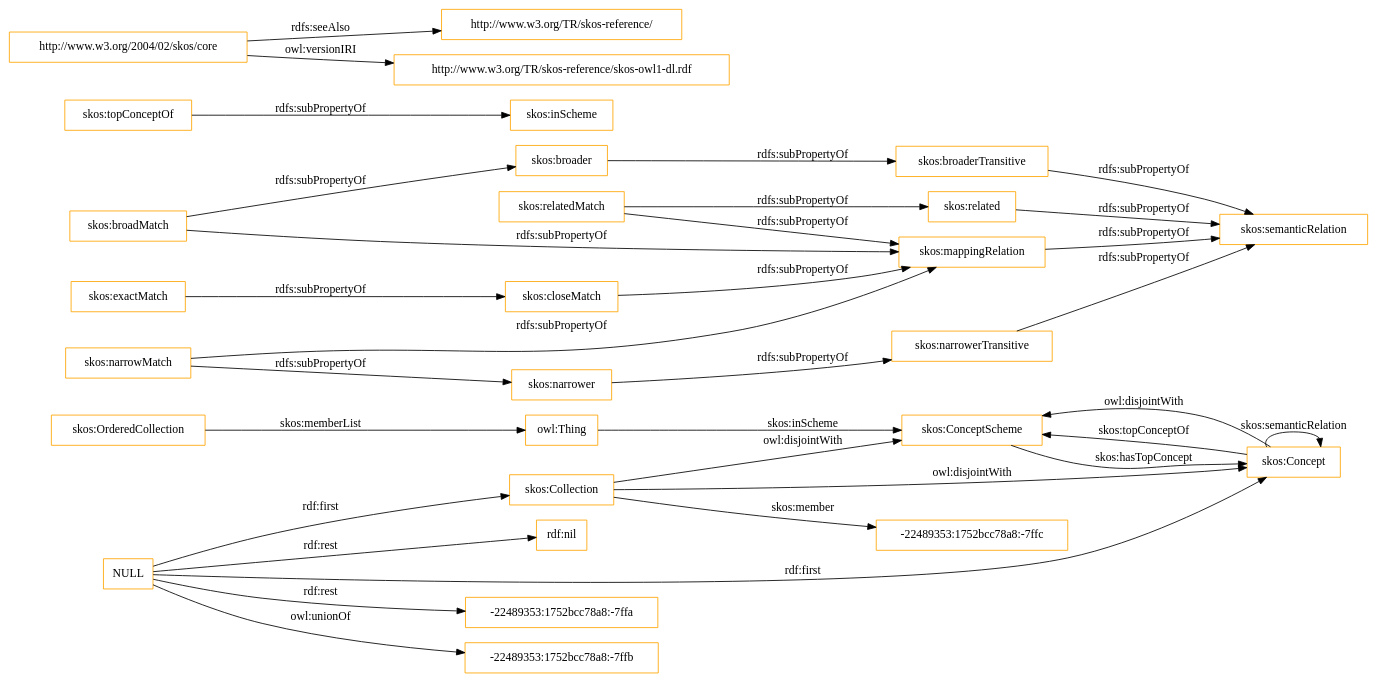
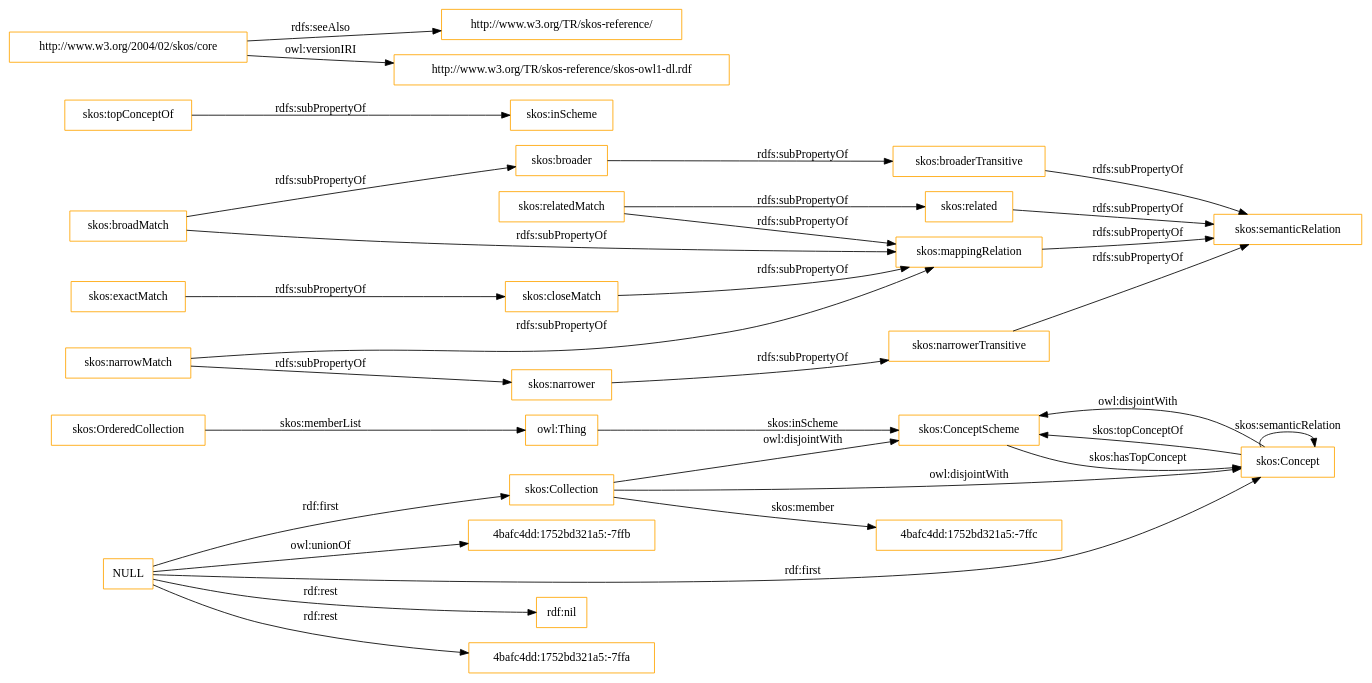
The diagram in OnToology/imports/skos.owl/diagrams/ar2dtool-class/skos.owl.png.dot (OnToologyUser/core-ontology-1), drawn with Graphviz before and after one commit. The commit also changed 14 other files, not shown here.

```diff
--- a/OnToology/imports/skos.owl/diagrams/ar2dtool-class/skos.owl.png.dot
+++ b/OnToology/imports/skos.owl/diagrams/ar2dtool-class/skos.owl.png.dot
@@ -1,37 +1,37 @@
 digraph ar2dtool_diagram { 
 rankdir=LR;
 size="1501"
-node [shape = rectangle, color="orange"]; "skos:OrderedCollection" "skos:ConceptScheme" "skos:Concept" "skos:Collection" "-22489353:1752bcc78a8:-7ffc" ; /*classes style*/
+node [shape = rectangle, color="orange"]; "skos:OrderedCollection" "skos:ConceptScheme" "skos:Concept" "skos:Collection" "4bafc4dd:1752bd321a5:-7ffc" ; /*classes style*/
 	"skos:narrowerTransitive" -> "skos:semanticRelation" [ label = "rdfs:subPropertyOf" ];
-	"NULL" -> "-22489353:1752bcc78a8:-7ffa" [ label = "rdf:rest" ];
-	"NULL" -> "skos:Collection" [ label = "rdf:first" ];
-	"NULL" -> "-22489353:1752bcc78a8:-7ffb" [ label = "owl:unionOf" ];
 	"NULL" -> "rdf:nil" [ label = "rdf:rest" ];
 	"NULL" -> "skos:Concept" [ label = "rdf:first" ];
+	"NULL" -> "4bafc4dd:1752bd321a5:-7ffa" [ label = "rdf:rest" ];
+	"NULL" -> "skos:Collection" [ label = "rdf:first" ];
+	"NULL" -> "4bafc4dd:1752bd321a5:-7ffb" [ label = "owl:unionOf" ];
 	"skos:closeMatch" -> "skos:mappingRelation" [ label = "rdfs:subPropertyOf" ];
 	"skos:Concept" -> "skos:ConceptScheme" [ label = "owl:disjointWith" ];
 	"skos:relatedMatch" -> "skos:related" [ label = "rdfs:subPropertyOf" ];
 	"skos:relatedMatch" -> "skos:mappingRelation" [ label = "rdfs:subPropertyOf" ];
 	"skos:related" -> "skos:semanticRelation" [ label = "rdfs:subPropertyOf" ];
 	"skos:topConceptOf" -> "skos:inScheme" [ label = "rdfs:subPropertyOf" ];
 	"skos:broadMatch" -> "skos:mappingRelation" [ label = "rdfs:subPropertyOf" ];
 	"skos:broadMatch" -> "skos:broader" [ label = "rdfs:subPropertyOf" ];
 	"skos:exactMatch" -> "skos:closeMatch" [ label = "rdfs:subPropertyOf" ];
 	"skos:broaderTransitive" -> "skos:semanticRelation" [ label = "rdfs:subPropertyOf" ];
 	"skos:broader" -> "skos:broaderTransitive" [ label = "rdfs:subPropertyOf" ];
 	"skos:mappingRelation" -> "skos:semanticRelation" [ label = "rdfs:subPropertyOf" ];
 	"http://www.w3.org/2004/02/skos/core" -> "http://www.w3.org/TR/skos-reference/" [ label = "rdfs:seeAlso" ];
 	"http://www.w3.org/2004/02/skos/core" -> "http://www.w3.org/TR/skos-reference/skos-owl1-dl.rdf" [ label = "owl:versionIRI" ];
 	"skos:Collection" -> "skos:ConceptScheme" [ label = "owl:disjointWith" ];
 	"skos:Collection" -> "skos:Concept" [ label = "owl:disjointWith" ];
 	"skos:narrower" -> "skos:narrowerTransitive" [ label = "rdfs:subPropertyOf" ];
 	"skos:narrowMatch" -> "skos:narrower" [ label = "rdfs:subPropertyOf" ];
 	"skos:narrowMatch" -> "skos:mappingRelation" [ label = "rdfs:subPropertyOf" ];
 	"skos:OrderedCollection" -> "owl:Thing" [ label = "skos:memberList" ];
 	"skos:Concept" -> "skos:ConceptScheme" [ label = "skos:topConceptOf" ];
 	"skos:Concept" -> "skos:Concept" [ label = "skos:semanticRelation" ];
-	"skos:Collection" -> "-22489353:1752bcc78a8:-7ffc" [ label = "skos:member" ];
+	"skos:Collection" -> "4bafc4dd:1752bd321a5:-7ffc" [ label = "skos:member" ];
 	"skos:ConceptScheme" -> "skos:Concept" [ label = "skos:hasTopConcept" ];
 	"owl:Thing" -> "skos:ConceptScheme" [ label = "skos:inScheme" ];
 
 }
```
